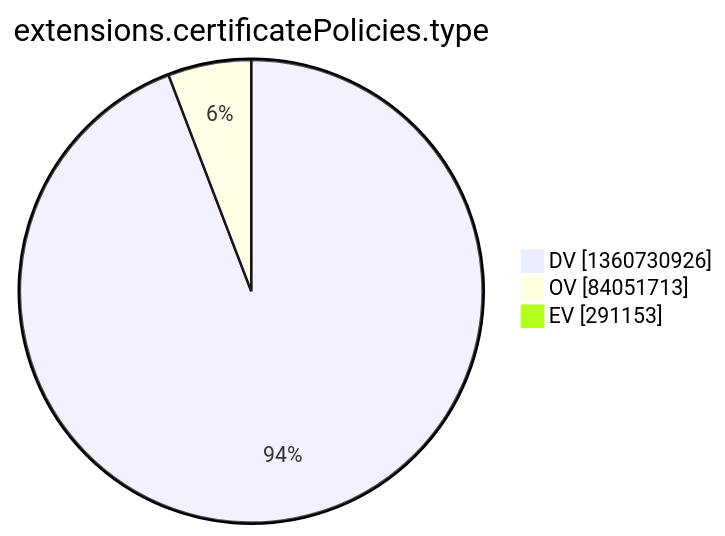
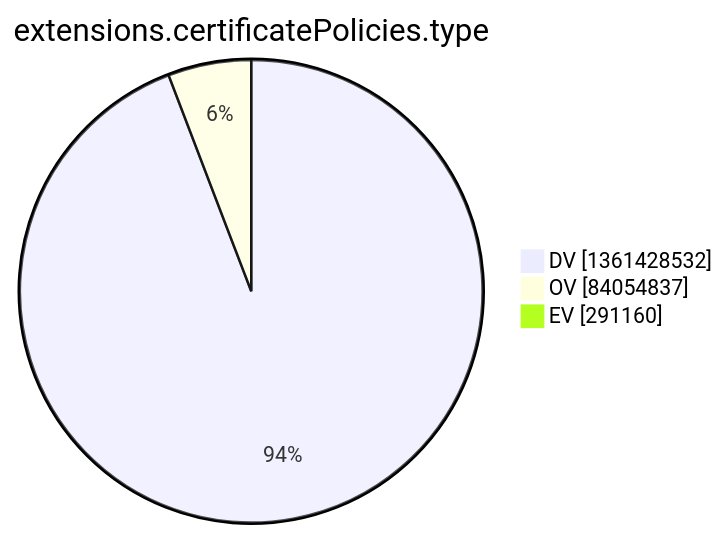
One commit to christiankrug/ctmonitor_visualization changed the tenth of 15 diagrams in argon2022/README.md. Above: the diagram before and after it, drawn with Mermaid. The commit also changed other lines of this file, not shown here.

````diff
--- a/argon2022/README.md
+++ b/argon2022/README.md
@@ -2773,7 +2773,7 @@
 ```mermaid
 pie showData
 title extensions.certificatePolicies.type
-"DV" :1360730926
-"OV" :84051713
-"EV" :291153
+"DV" :1361428532
+"OV" :84054837
+"EV" :291160
 ```
````
